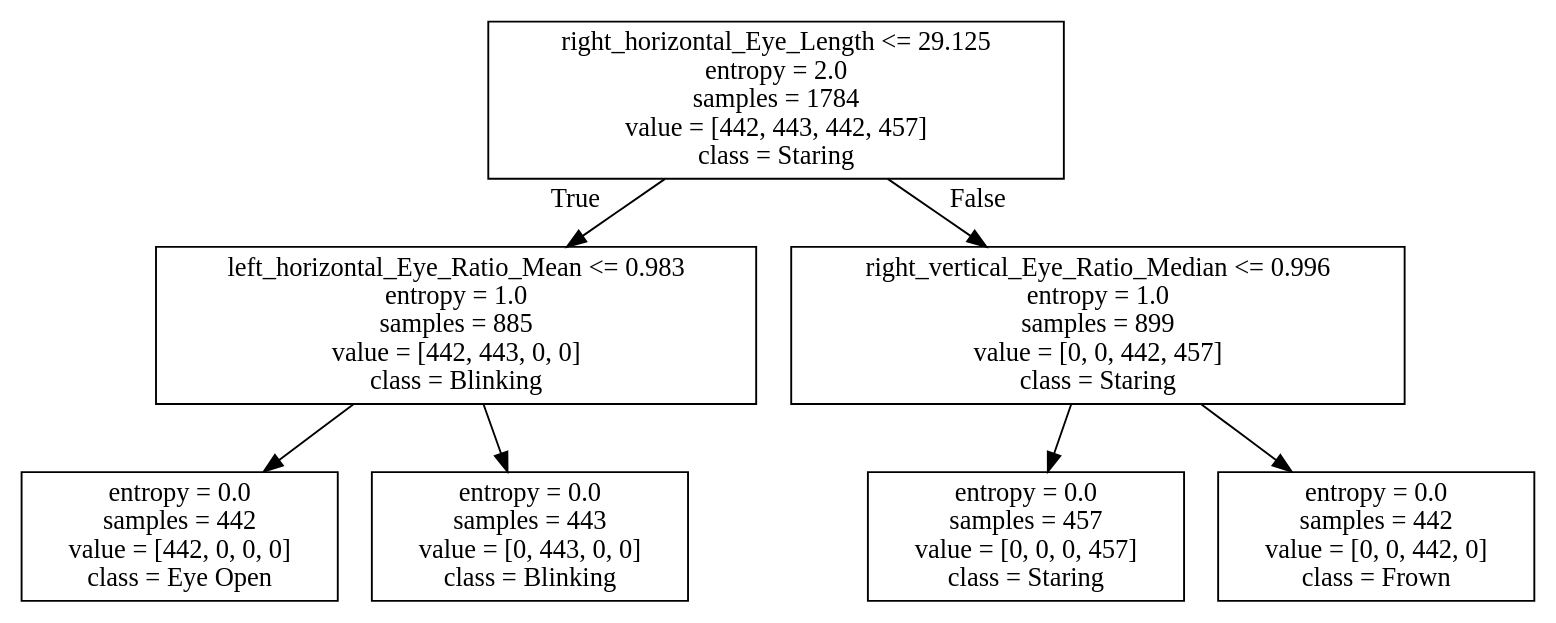
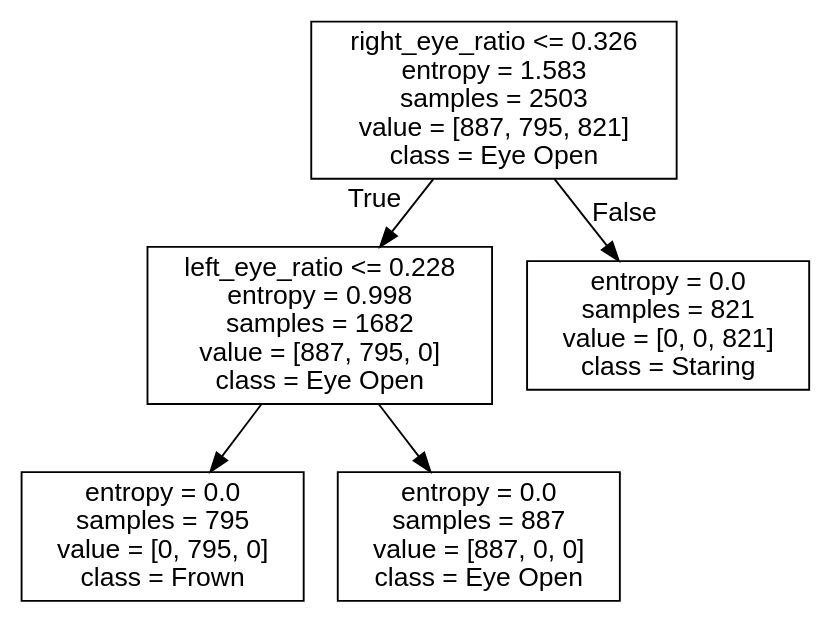
One commit to CS328-Fall2021/Final_Project_Group_16 changed the diagram in training_output/sample.dot. Above: the diagram before and after it, drawn with Graphviz. The commit also changed 11 other files, not shown here.

```diff
--- a/training_output/sample.dot
+++ b/training_output/sample.dot
@@ -1,16 +1,13 @@
 digraph Tree {
-node [shape=box] ;
-0 [label="right_horizontal_Eye_Length <= 29.125\nentropy = 2.0\nsamples = 1784\nvalue = [442, 443, 442, 457]\nclass = Staring"] ;
-1 [label="left_horizontal_Eye_Ratio_Mean <= 0.983\nentropy = 1.0\nsamples = 885\nvalue = [442, 443, 0, 0]\nclass = Blinking"] ;
+node [shape=box, fontname="helvetica"] ;
+edge [fontname="helvetica"] ;
+0 [label="right_eye_ratio <= 0.326\nentropy = 1.583\nsamples = 2503\nvalue = [887, 795, 821]\nclass = Eye Open"] ;
+1 [label="left_eye_ratio <= 0.228\nentropy = 0.998\nsamples = 1682\nvalue = [887, 795, 0]\nclass = Eye Open"] ;
 0 -> 1 [labeldistance=2.5, labelangle=45, headlabel="True"] ;
-2 [label="entropy = 0.0\nsamples = 442\nvalue = [442, 0, 0, 0]\nclass = Eye Open"] ;
+2 [label="entropy = 0.0\nsamples = 795\nvalue = [0, 795, 0]\nclass = Frown"] ;
 1 -> 2 ;
-3 [label="entropy = 0.0\nsamples = 443\nvalue = [0, 443, 0, 0]\nclass = Blinking"] ;
+3 [label="entropy = 0.0\nsamples = 887\nvalue = [887, 0, 0]\nclass = Eye Open"] ;
 1 -> 3 ;
-4 [label="right_vertical_Eye_Ratio_Median <= 0.996\nentropy = 1.0\nsamples = 899\nvalue = [0, 0, 442, 457]\nclass = Staring"] ;
+4 [label="entropy = 0.0\nsamples = 821\nvalue = [0, 0, 821]\nclass = Staring"] ;
 0 -> 4 [labeldistance=2.5, labelangle=-45, headlabel="False"] ;
-5 [label="entropy = 0.0\nsamples = 457\nvalue = [0, 0, 0, 457]\nclass = Staring"] ;
-4 -> 5 ;
-6 [label="entropy = 0.0\nsamples = 442\nvalue = [0, 0, 442, 0]\nclass = Frown"] ;
-4 -> 6 ;
 }
```
